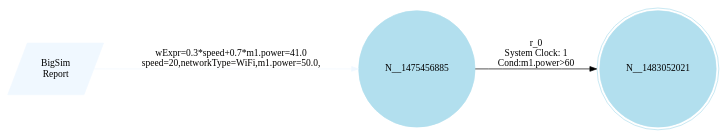
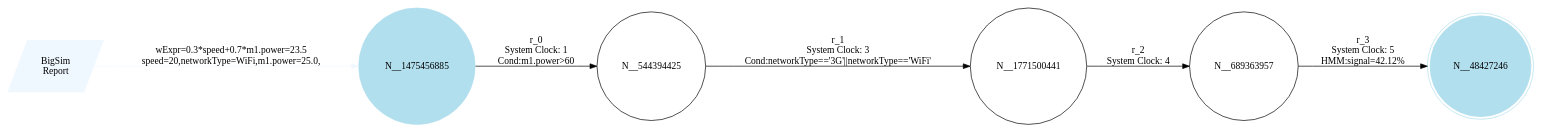
The diagram in MobileCloud/results/checker.dot (PKUVicky/BigSim), drawn with Graphviz before and after one commit. The commit also changed 25 other files, not shown here.

```diff
--- a/MobileCloud/results/checker.dot
+++ b/MobileCloud/results/checker.dot
@@ -1,17 +1,31 @@
 digraph reaction_graph {
    rankdir=LR;
    Node [shape = circle];
    BigSim_Report [shape = parallelogram color = aliceblue style=filled label="BigSim
 Report"];
-BigSim_Report -> N__1475456885[color = aliceblue label = "wExpr=0.3*speed+0.7*m1.power=41.0
-speed=20,networkType=WiFi,m1.power=50.0,"];
+BigSim_Report -> N__1475456885[color = aliceblue label = "wExpr=0.3*speed+0.7*m1.power=23.5
+speed=20,networkType=WiFi,m1.power=25.0,"];
  N__1475456885
  [shape=circle, color=lightblue2, style=filled];
 N__1475456885
 [ ];
- N__1475456885 -> N__1483052021[ label = "r_0
+ N__1475456885 -> N__544394425[ label = "r_0
 System Clock: 1
 Cond:m1.power>60"];
-N__1483052021
+N__689363957
+[ ];
+ N__689363957 -> N__48427246[ label = "r_3
+System Clock: 5
+HMM:signal=42.12%"];
+N__48427246
 [ shape = doublecircle, color=lightblue2, style=filled, ];
+N__544394425
+[ ];
+ N__544394425 -> N__1771500441[ label = "r_1
+System Clock: 3
+Cond:networkType=='3G'||networkType=='WiFi'"];
+N__1771500441
+[ ];
+ N__1771500441 -> N__689363957[ label = "r_2
+System Clock: 4"];
 }
```
